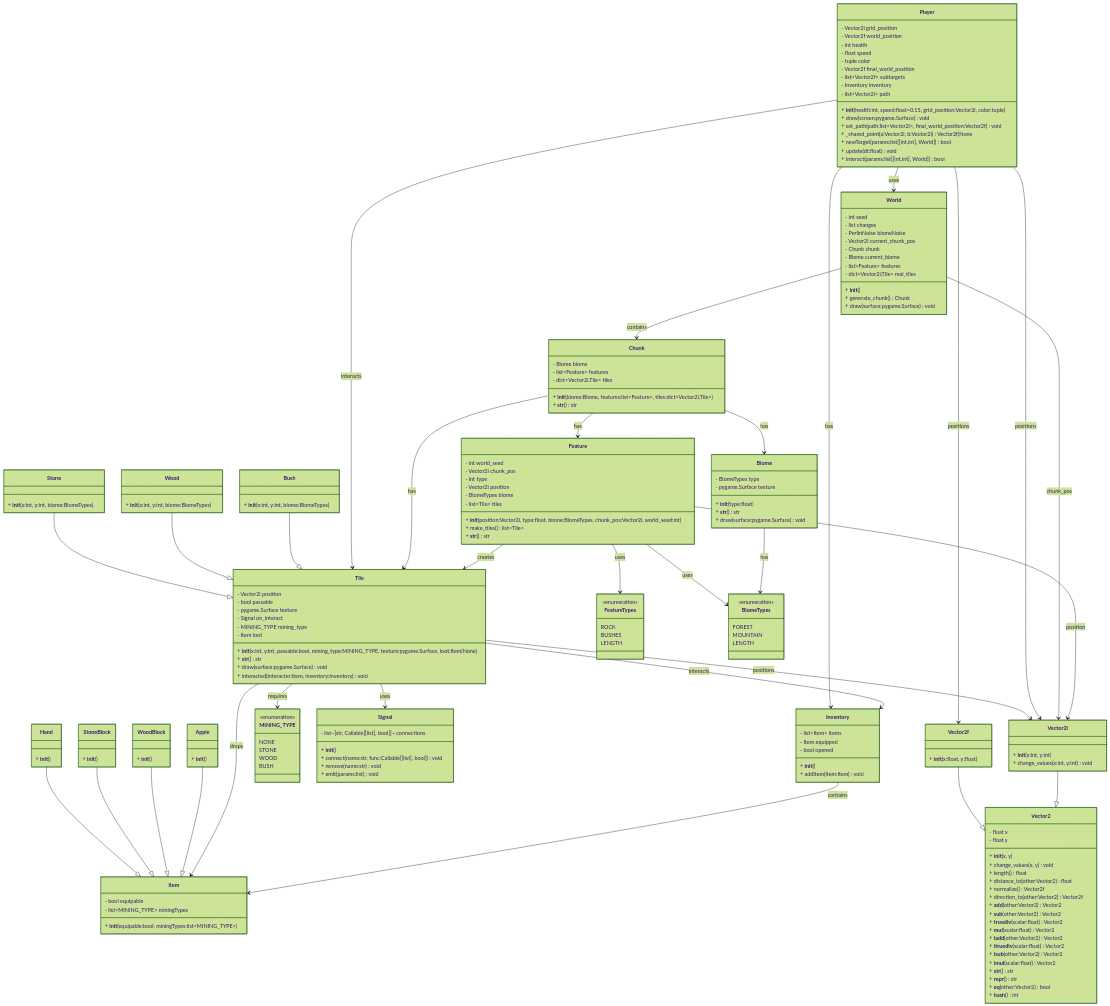
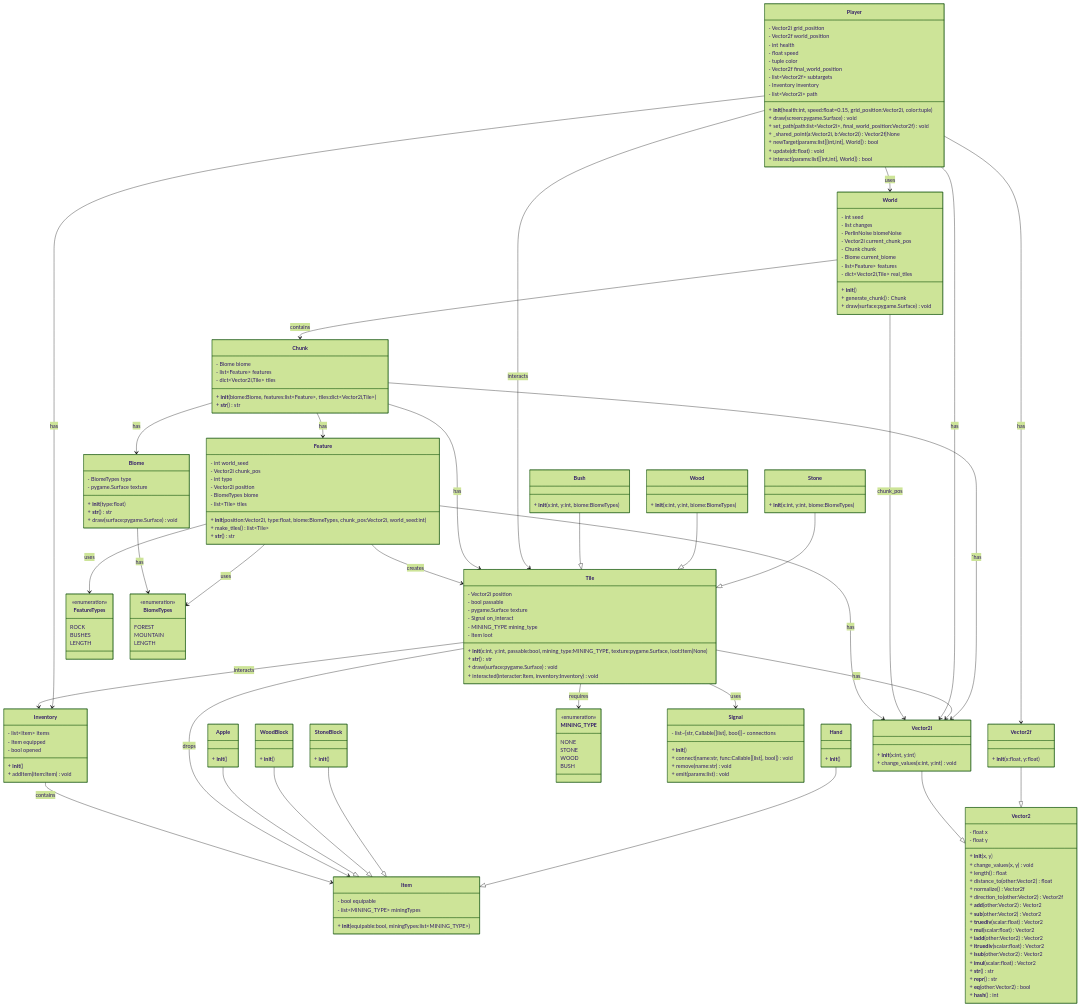
The diagram in README.md (Askemanden/dasSpiel), drawn with Mermaid (forest theme) before and after one commit.

Commit message:
Update README.md to clarify relationships

````diff
--- a/README.md
+++ b/README.md
@@ -236,6 +236,7 @@
     Chunk --> Biome : has
     Chunk --> Feature : has
     Chunk --> Tile : has
+    Chunk --> Vector2i : ´has
     Tile --> Inventory : interacts
     Tile --> Item : drops
     Tile --> MINING_TYPE : requires
@@ -245,10 +246,10 @@
     Feature --> BiomeTypes : uses
     Biome --> BiomeTypes : has
     Tile --> Signal : uses
-    Tile --> Vector2i : positions
-    Player --> Vector2i : positions
-    Player --> Vector2f : positions
+    Tile --> Vector2i : has
+    Player --> Vector2i : has
+    Player --> Vector2f : has
     World --> Vector2i : chunk_pos
-    Feature --> Vector2i : position
+    Feature --> Vector2i : has
 
 ```
````
